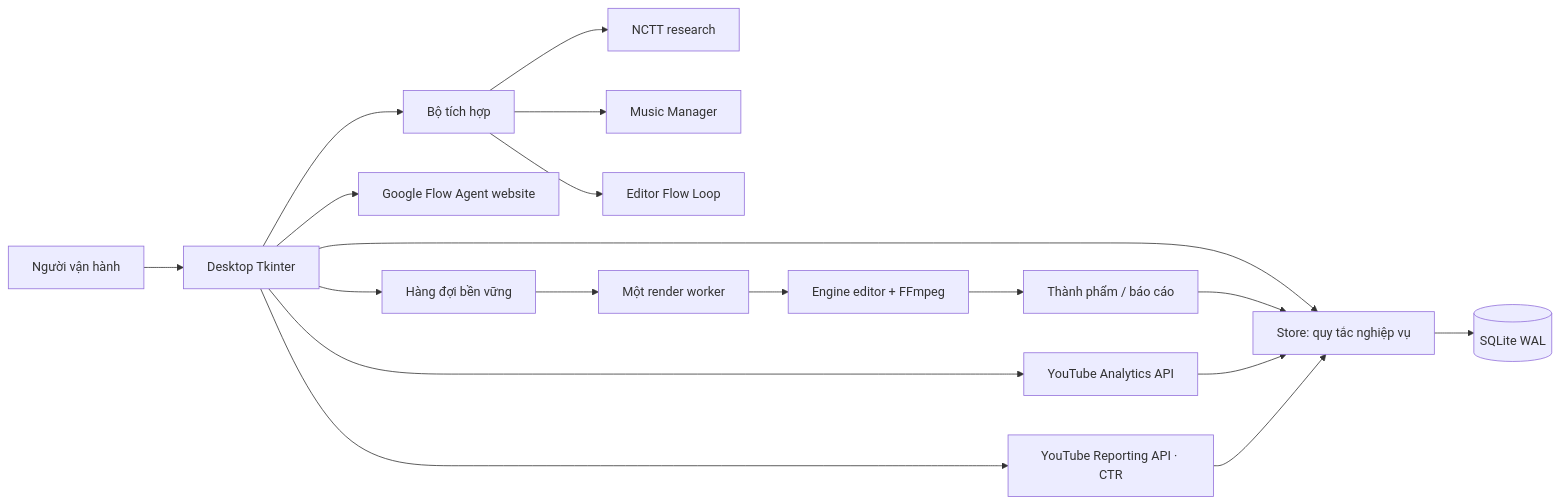
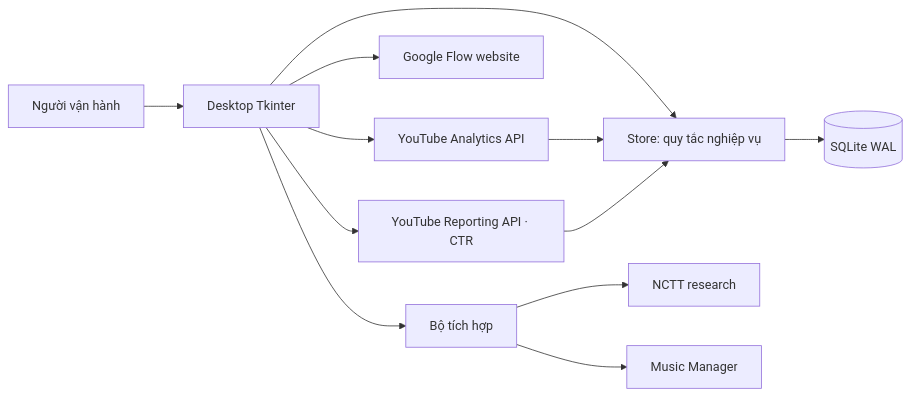
The first of 2 diagrams in CONTENT HUB/KIEN_TRUC_VA_PHAM_VI.md (CTNone/KL_optimizing_youtube_channel), drawn with Mermaid before and after one commit. The commit also changed other lines of this file and 15 other files, not shown here.

````diff
--- a/CONTENT HUB/KIEN_TRUC_VA_PHAM_VI.md
+++ b/CONTENT HUB/KIEN_TRUC_VA_PHAM_VI.md
@@ -20,20 +20,14 @@
 ```mermaid
 flowchart LR
     User[Người vận hành] --> UI[Desktop Tkinter]
     UI --> Domain[Store: quy tắc nghiệp vụ]
     Domain --> DB[(SQLite WAL)]
     UI --> Adapter[Bộ tích hợp]
     Adapter --> NCTT[NCTT research]
     Adapter --> Music[Music Manager]
-    Adapter --> Editor[Editor Flow Loop]
-    UI --> Flow[Google Flow Agent website]
-    UI --> Queue[Hàng đợi bền vững]
-    Queue --> Worker[Một render worker]
-    Worker --> Engine[Engine editor + FFmpeg]
-    Engine --> Output[Thành phẩm / báo cáo]
-    Output --> Domain
+    UI --> Flow[Google Flow website]
     UI --> Analytics[YouTube Analytics API]
     UI --> Reporting[YouTube Reporting API · CTR]
     Analytics --> Domain
     Reporting --> Domain
 ```
````
